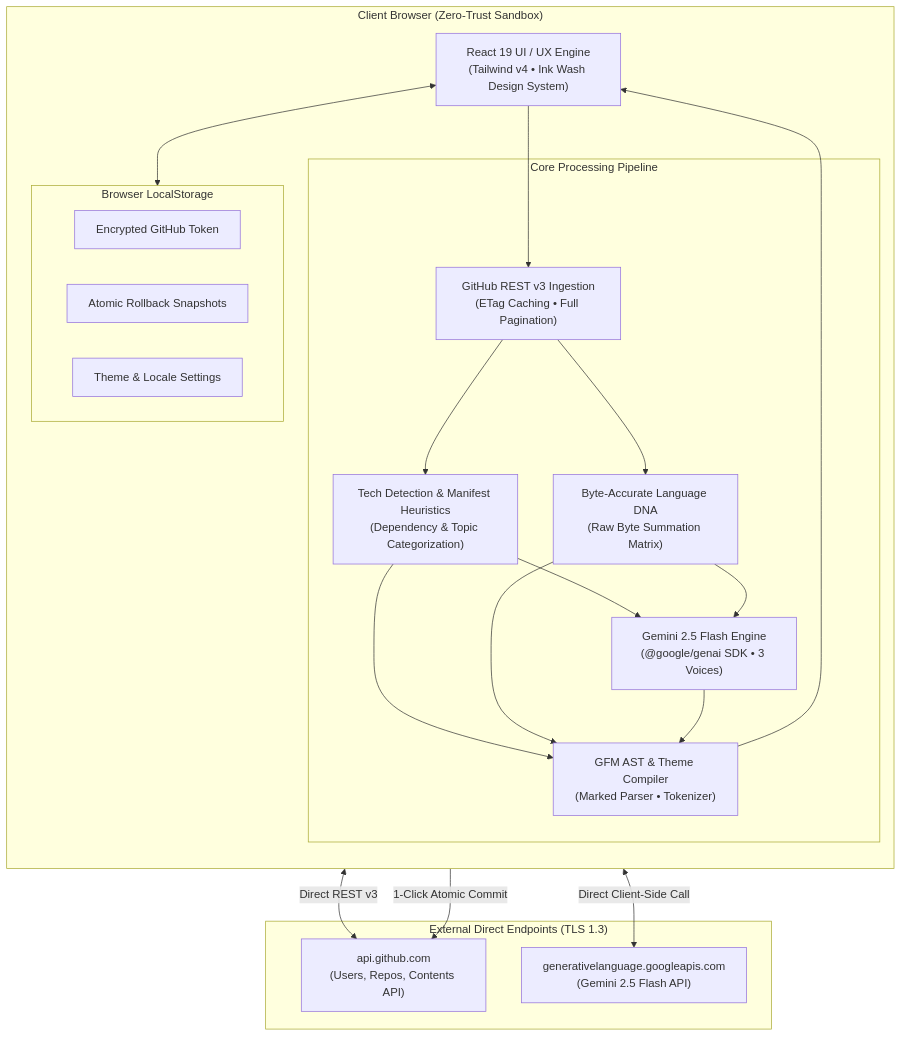
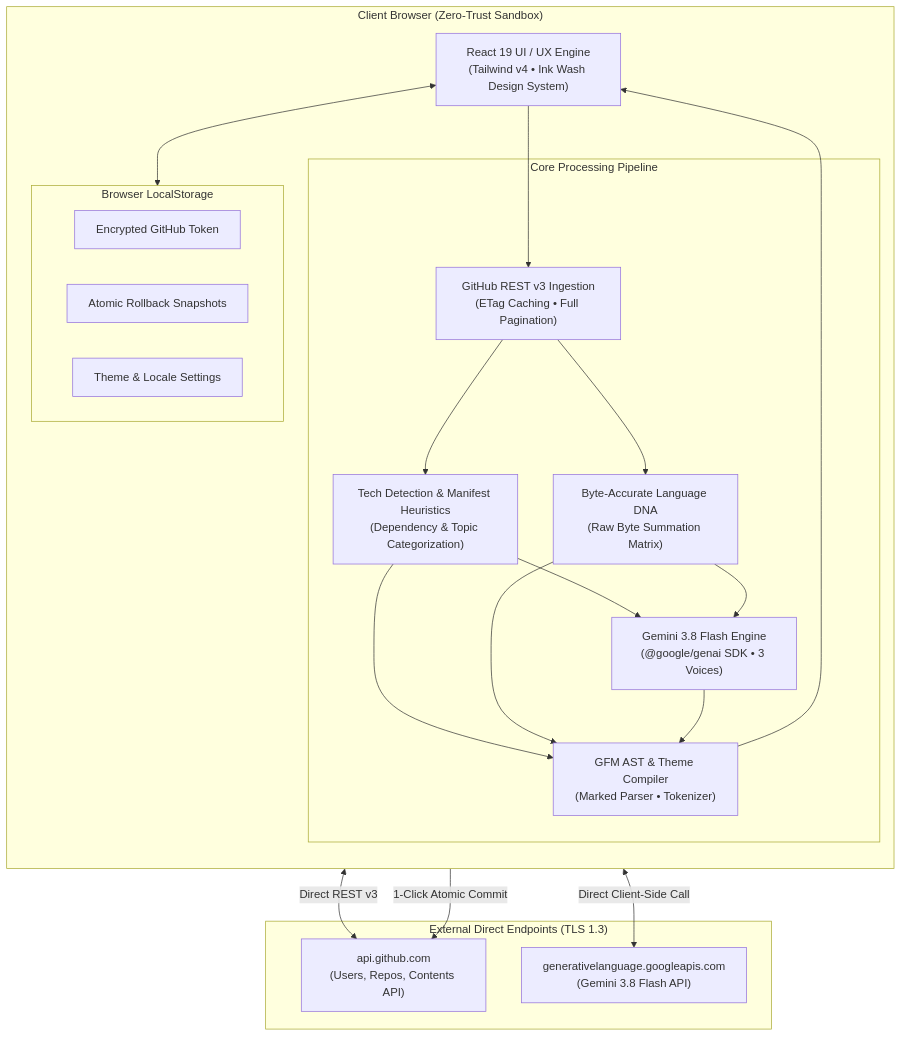
One commit to Bavly-Hamdy/readme-studio changed the first of 2 diagrams in README.md. Above: the diagram before and after it, drawn with Mermaid. The commit also changed other lines of this file and 6 other files, not shown here.

Commit message:
feat(ai): elevate AI model reference to Gemini 3.8 Flash across UI and documentation

````diff
--- a/README.md
+++ b/README.md
@@ -79,44 +79,44 @@
 ```mermaid
 flowchart TB
     subgraph ClientBrowser [" Client Browser (Zero-Trust Sandbox) "]
         direction TB
         UIEngine["React 19 UI / UX Engine<br/>(Tailwind v4 • Ink Wash Design System)"]
         
         subgraph Pipeline [" Core Processing Pipeline "]
             IngestEngine["GitHub REST v3 Ingestion<br/>(ETag Caching • Full Pagination)"]
             ASTParser["Tech Detection & Manifest Heuristics<br/>(Dependency & Topic Categorization)"]
             DNASummarizer["Byte-Accurate Language DNA<br/>(Raw Byte Summation Matrix)"]
-            GeminiSynthesizer["Gemini 2.5 Flash Engine<br/>(@google/genai SDK • 3 Voices)"]
+            GeminiSynthesizer["Gemini 3.8 Flash Engine<br/>(@google/genai SDK • 3 Voices)"]
             MarkdownAST["GFM AST & Theme Compiler<br/>(Marked Parser • Tokenizer)"]
         end
 
         subgraph LocalPersistence [" Browser LocalStorage "]
             LocalPAT["Encrypted GitHub Token"]
             LocalSnapshots["Atomic Rollback Snapshots"]
             LocalSettings["Theme & Locale Settings"]
         end
     end
 
     subgraph ExternalAPIs [" External Direct Endpoints (TLS 1.3) "]
         GitHubAPI["api.github.com<br/>(Users, Repos, Contents API)"]
-        GoogleAI["generativelanguage.googleapis.com<br/>(Gemini 2.5 Flash API)"]
+        GoogleAI["generativelanguage.googleapis.com<br/>(Gemini 3.8 Flash API)"]
     end
 
     UIEngine --> IngestEngine
     IngestEngine <-->|Direct REST v3| GitHubAPI
     IngestEngine --> ASTParser
     IngestEngine --> DNASummarizer
     
     ASTParser --> GeminiSynthesizer
     DNASummarizer --> GeminiSynthesizer
     GeminiSynthesizer <-->|Direct Client-Side Call| GoogleAI
     
     ASTParser --> MarkdownAST
     DNASummarizer --> MarkdownAST
     GeminiSynthesizer --> MarkdownAST
     
     MarkdownAST --> UIEngine
     
     UIEngine -->|1-Click Atomic Commit| GitHubAPI
     UIEngine <--> LocalPersistence
 ```
````
